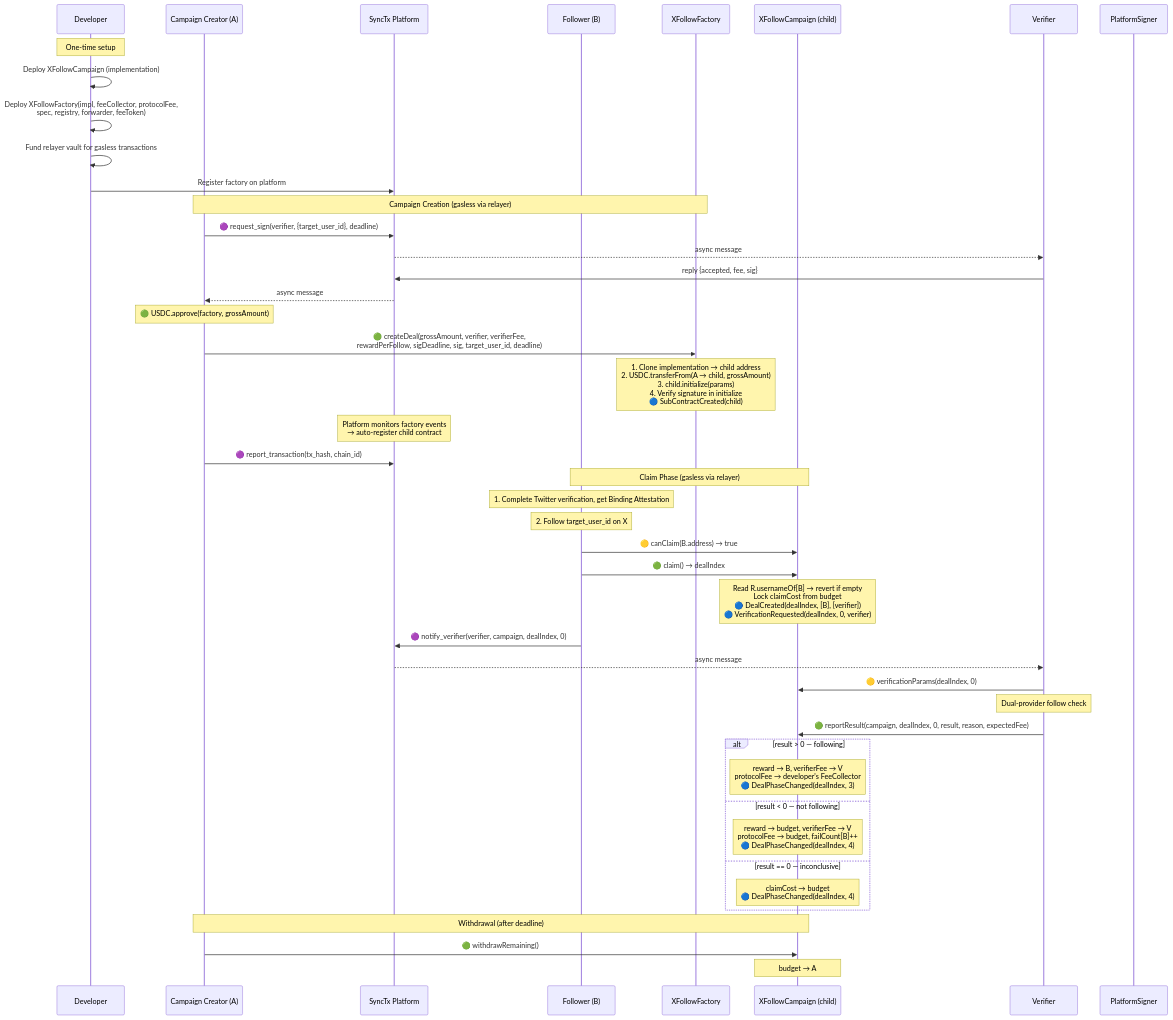
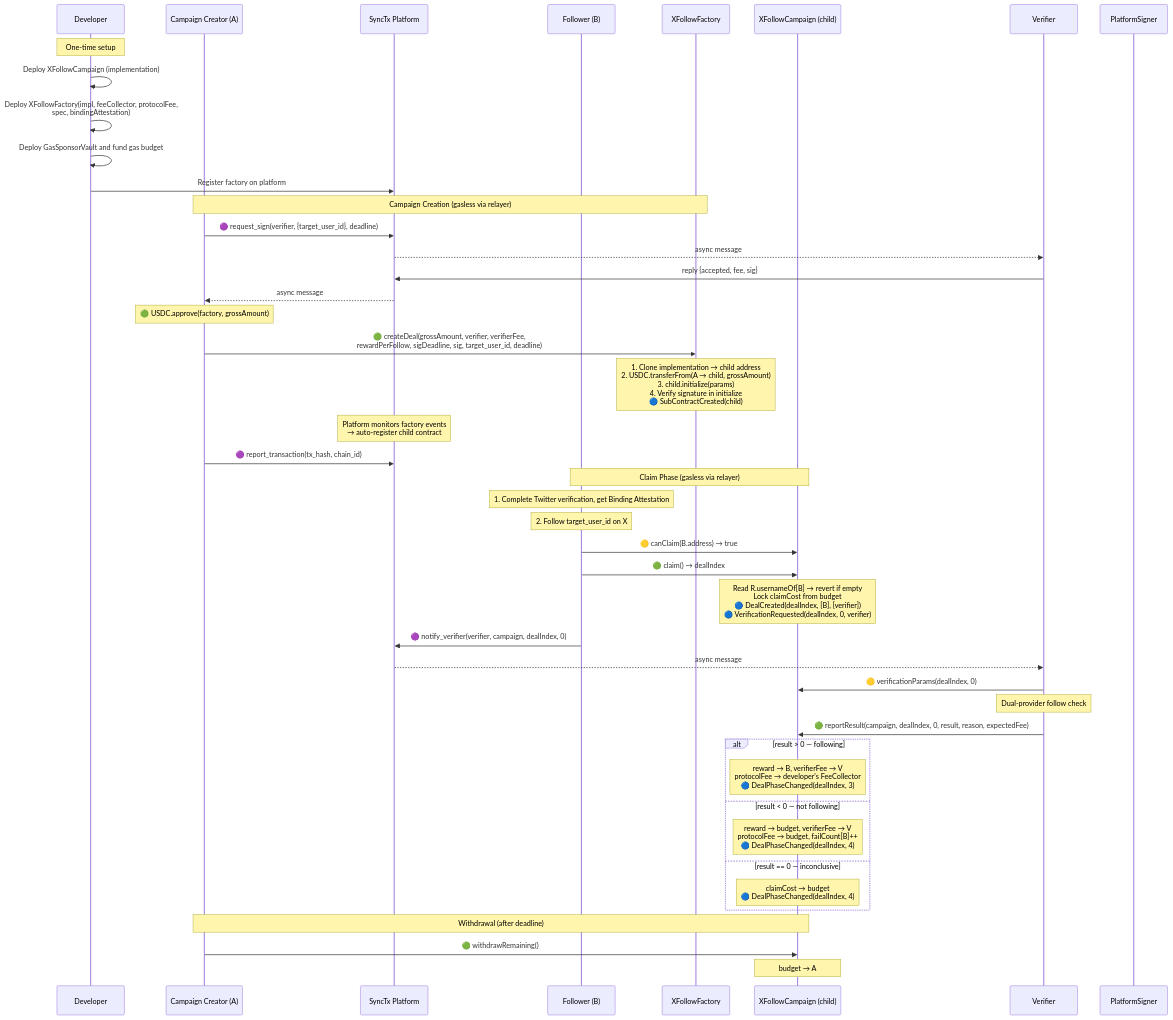
The first of 2 diagrams in examples/x-follow/x-follow-design.md (synctxai/synctx), drawn with Mermaid before and after one commit. The commit also changed other lines of this file and 2 other files, not shown here.

First line of the commit message:
Update x-follow design docs and wallet SKILL to reflect BySig gasless architecture

````diff
--- a/examples/x-follow/x-follow-design.md
+++ b/examples/x-follow/x-follow-design.md
@@ -220,58 +218,58 @@
 ```mermaid
 sequenceDiagram
     participant Dev as Developer
     participant A as Campaign Creator (A)
     participant P as SyncTx Platform
     participant B as Follower (B)
     participant Fac as XFollowFactory
     participant C as XFollowCampaign (child)
     participant V as Verifier
     participant PS as PlatformSigner
 
     Note over Dev: One-time setup
     Dev->>Dev: Deploy XFollowCampaign (implementation)
-    Dev->>Dev: Deploy XFollowFactory(impl, feeCollector, protocolFee,<br/>spec, registry, forwarder, feeToken)
-    Dev->>Dev: Fund relayer vault for gasless transactions
+    Dev->>Dev: Deploy XFollowFactory(impl, feeCollector, protocolFee,<br/>spec, bindingAttestation)
+    Dev->>Dev: Deploy GasSponsorVault and fund gas budget
     Dev->>P: Register factory on platform
 
     Note over A,Fac: Campaign Creation (gasless via relayer)
 
     A->>P: 🟣 request_sign(verifier, {target_user_id}, deadline)
     P-->>V: async message
     V->>P: reply {accepted, fee, sig}
     P-->>A: async message
 
     Note over A: 🟢 USDC.approve(factory, grossAmount)
     A->>Fac: 🟢 createDeal(grossAmount, verifier, verifierFee,<br/>rewardPerFollow, sigDeadline, sig, target_user_id, deadline)
     Note over Fac: 1. Clone implementation → child address<br/>2. USDC.transferFrom(A → child, grossAmount)<br/>3. child.initialize(params)<br/>4. Verify signature in initialize<br/>🔵 SubContractCreated(child)
     Note over P: Platform monitors factory events<br/>→ auto-register child contract
     A->>P: 🟣 report_transaction(tx_hash, chain_id)
 
     Note over B,C: Claim Phase (gasless via relayer)
 
     Note over B: 1. Complete Twitter verification, get Binding Attestation
     Note over B: 2. Follow target_user_id on X
     B->>C: 🟡 canClaim(B.address) → true
     B->>C: 🟢 claim() → dealIndex
     Note over C: Read R.usernameOf[B] → revert if empty<br/>Lock claimCost from budget<br/>🔵 DealCreated(dealIndex, [B], [verifier])<br/>🔵 VerificationRequested(dealIndex, 0, verifier)
     B->>P: 🟣 notify_verifier(verifier, campaign, dealIndex, 0)
     P-->>V: async message
 
     V->>C: 🟡 verificationParams(dealIndex, 0)
     Note over V: Dual-provider follow check
 
     V->>C: 🟢 reportResult(campaign, dealIndex, 0, result, reason, expectedFee)
 
     alt result > 0 — following
         Note over C: reward → B, verifierFee → V<br/>protocolFee → developer's FeeCollector<br/>🔵 DealPhaseChanged(dealIndex, 3)
     else result < 0 — not following
         Note over C: reward → budget, verifierFee → V<br/>protocolFee → budget, failCount[B]++<br/>🔵 DealPhaseChanged(dealIndex, 4)
     else result == 0 — inconclusive
         Note over C: claimCost → budget<br/>🔵 DealPhaseChanged(dealIndex, 4)
     end
 
     Note over A,C: Withdrawal (after deadline)
 
     A->>C: 🟢 withdrawRemaining()
     Note over C: budget → A
 ```
````
